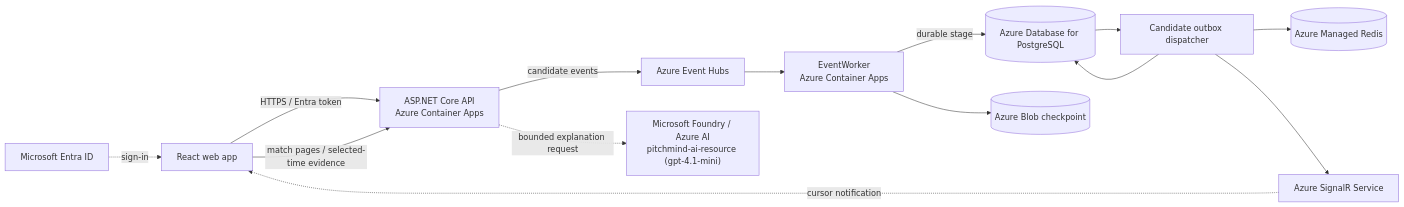
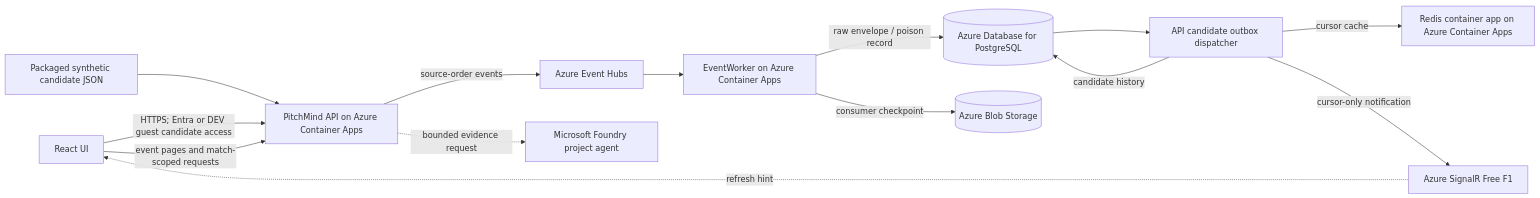
One commit to prateekgangopadhyay/PitchMind changed the diagram in README.md. Above: the diagram before and after it, drawn with Mermaid. The commit also changed other lines of this file and 17 other files, not shown here.

Commit message:
Update current architecture docs and sign-in hero

````diff
--- a/README.md
+++ b/README.md
@@ -23,16 +18,16 @@
 ```mermaid
 flowchart LR
-  Browser[React web app] -->|HTTPS / Entra token| API["ASP.NET Core API<br/>Azure Container Apps"]
-  Entra[Microsoft Entra ID] -. sign-in .-> Browser
-  API -->|candidate events| EH[Azure Event Hubs]
-  EH --> Worker["EventWorker<br/>Azure Container Apps"]
-  Worker -->|durable stage| PG[(Azure Database for PostgreSQL)]
-  Worker --> Blob[(Azure Blob checkpoint)]
-  PG --> Dispatcher[Candidate outbox dispatcher]
-  Dispatcher --> PG
-  Dispatcher --> Redis[(Azure Managed Redis)]
-  Dispatcher --> SignalR[Azure SignalR Service]
-  SignalR -. cursor notification .-> Browser
-  Browser -->|match pages / selected-time evidence| API
-  API -. bounded explanation request .-> Foundry["Microsoft Foundry / Azure AI<br/>pitchmind-ai-resource (gpt-4.1-mini)"]
+  Browser[React UI] -->|HTTPS; Entra or DEV guest candidate access| API[PitchMind API on Azure Container Apps]
+  Source[Packaged synthetic candidate JSON] --> API
+  API -->|source-order events| EH[Azure Event Hubs]
+  EH --> Worker[EventWorker on Azure Container Apps]
+  Worker -->|raw envelope / poison record| PG[(Azure Database for PostgreSQL)]
+  Worker -->|consumer checkpoint| Blob[(Azure Blob Storage)]
+  PG --> Dispatcher[API candidate outbox dispatcher]
+  Dispatcher -->|candidate history| PG
+  Dispatcher -->|cursor cache| Redis[Redis container app on Azure Container Apps]
+  Dispatcher -->|cursor-only notification| SignalR[Azure SignalR Free F1]
+  SignalR -. refresh hint .-> Browser
+  Browser -->|event pages and match-scoped requests| API
+  API -. bounded evidence request .-> Foundry[Microsoft Foundry project agent]
 ```
````
